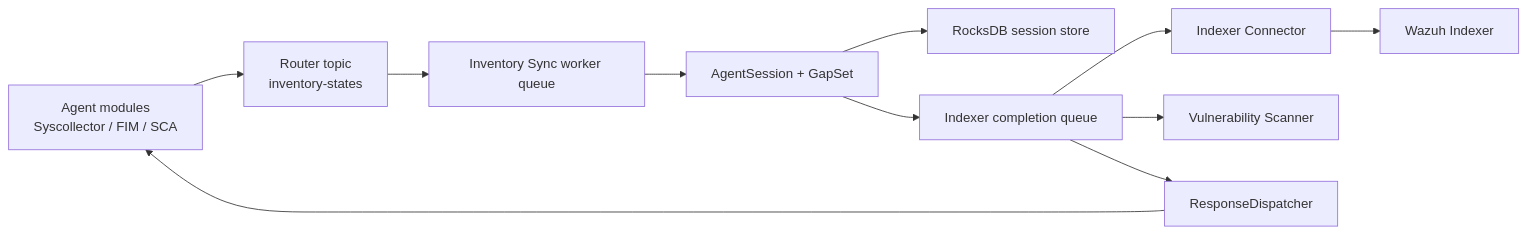
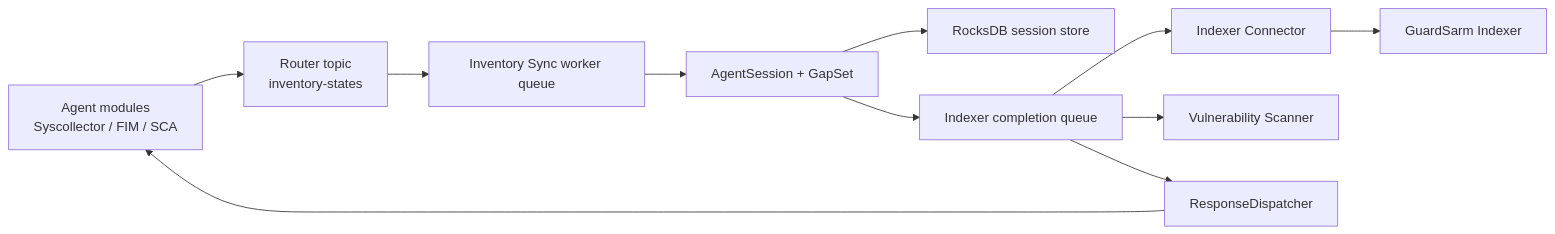
One commit to guardsarm/guardsarm changed the diagram in docs/ref/modules/inventory-sync/architecture.md. Above: the diagram before and after it, drawn with Mermaid. The commit also changed other lines of this file and 4082 other files, not shown here.

First line of the commit message:
GuardSarm rebrand (R1) + native build/runtime fixes

````diff
--- a/docs/ref/modules/inventory-sync/architecture.md
+++ b/docs/ref/modules/inventory-sync/architecture.md
@@ -72,13 +72,13 @@
 ```mermaid
 flowchart LR
   Agent["Agent modules\nSyscollector / FIM / SCA"] --> Router["Router topic\ninventory-states"]
   Router --> Workers[Inventory Sync worker queue]
   Workers --> Session[AgentSession + GapSet]
   Session --> RocksDB[RocksDB session store]
   Session --> EndQueue[Indexer completion queue]
   EndQueue --> Indexer[Indexer Connector]
   EndQueue --> VD[Vulnerability Scanner]
   EndQueue --> Ack[ResponseDispatcher]
-  Indexer --> OpenSearch[Wazuh Indexer]
+  Indexer --> OpenSearch[GuardSarm Indexer]
   Ack --> Agent
 ```
````
